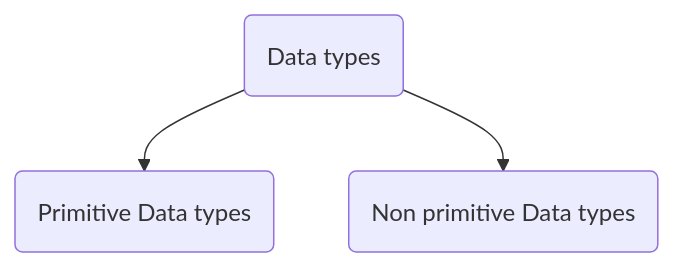
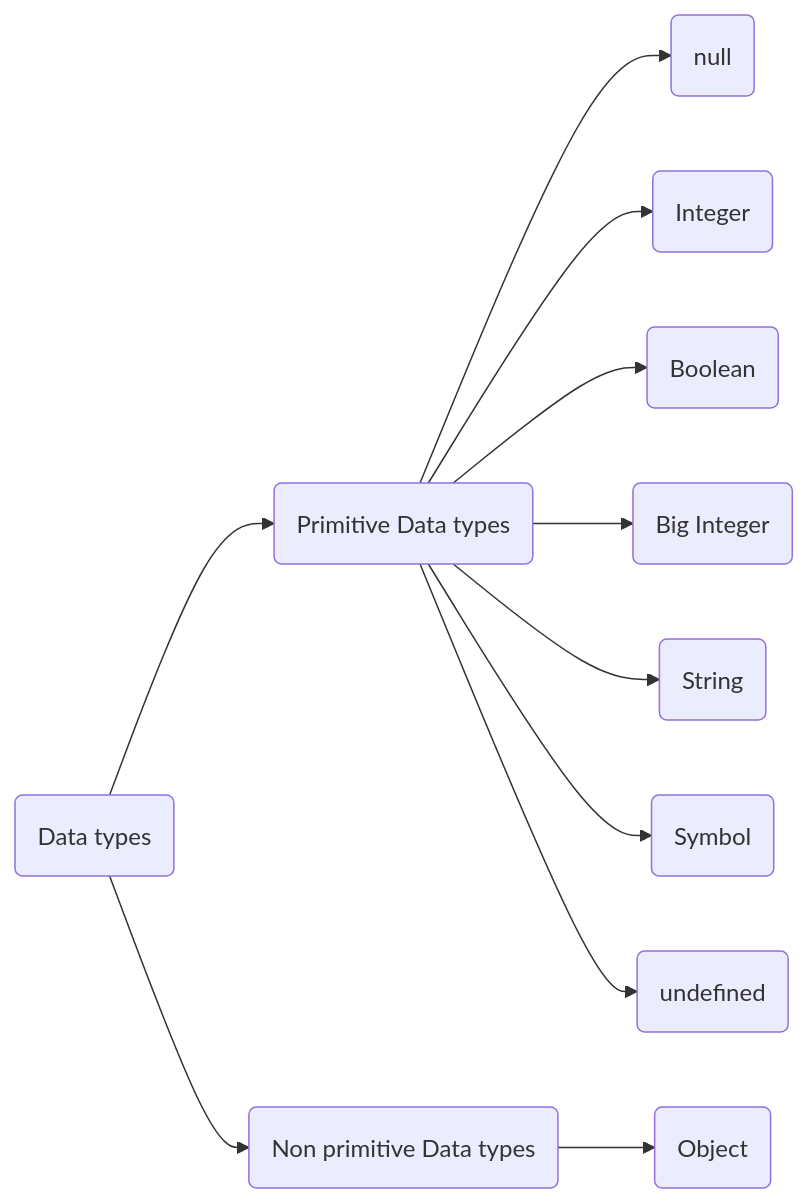
Before and after one commit to Kalpa-Ranjan/JavascriptProject1: the second of 2 diagrams in README.md, drawn with Mermaid. The commit also changed other lines of this file, not shown here.

````diff
--- a/README.md
+++ b/README.md
@@ -90,10 +90,27 @@
 ```mermaid
-graph TD;
+graph LR;
     A(Data types)
     B(Primitive Data types)
     C(Non primitive Data types)
+    D(null)
+    E(Integer)
+    F(Boolean)
+    G(Big Integer)
+    H(String)
+    I(Symbol)
+    J(undefined)
+    K(Object)
 
     A --> B
     A --> C
 
+    B --> D
+    B --> E
+    B --> F
+    B --> G
+    B --> H
+    B --> I
+    B --> J
+    C --> K
+
 ```
````
